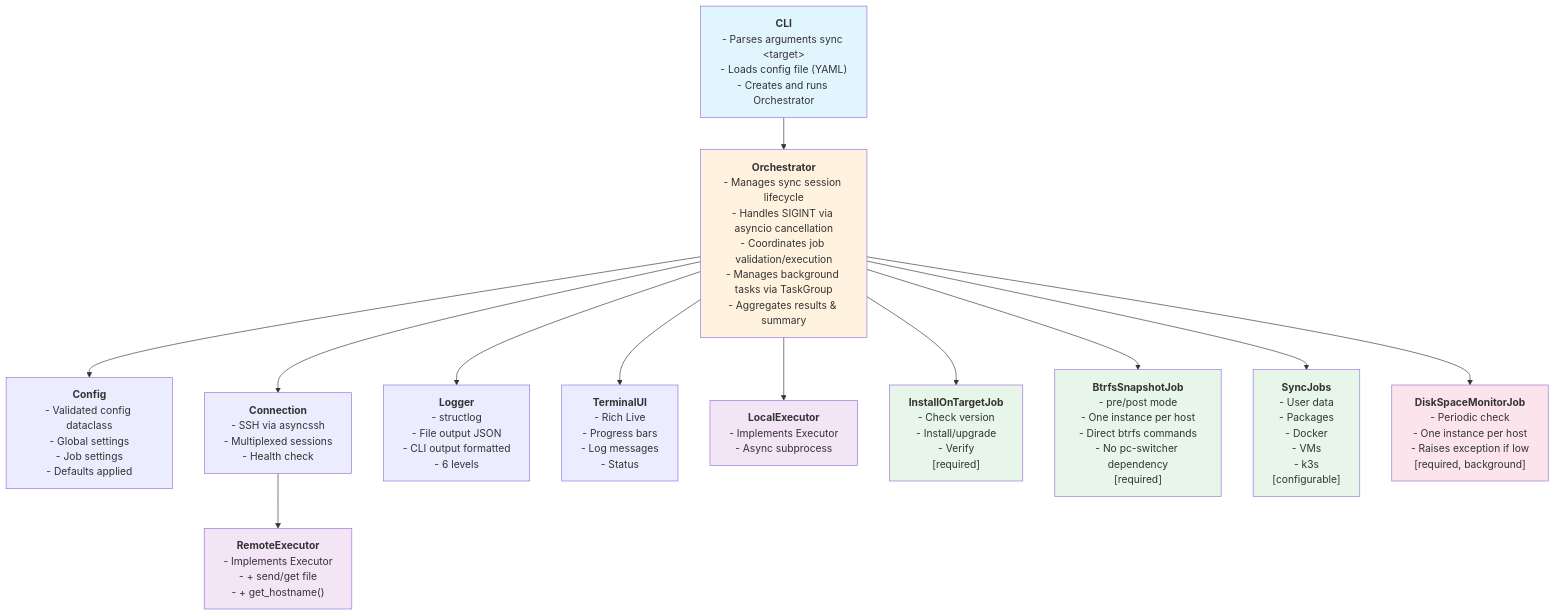
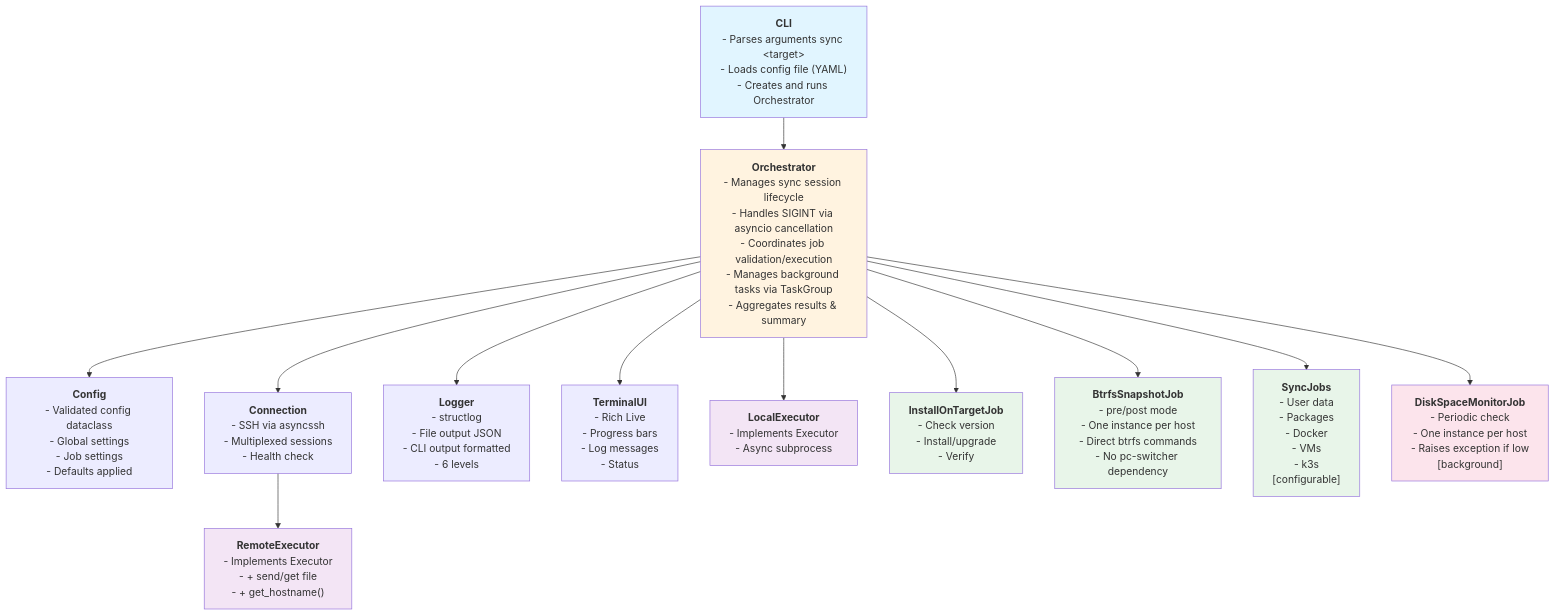
One commit to flaksit/pc-switcher changed the first of 21 diagrams in specs/001-foundation/architecture.md. Above: the diagram before and after it, drawn with Mermaid. The commit also changed other lines of this file and 10 other files, not shown here.

````diff
--- a/specs/001-foundation/architecture.md
+++ b/specs/001-foundation/architecture.md
@@ -36,47 +36,47 @@
 ```mermaid
 graph TD
     CLI["<b>CLI</b><br/>- Parses arguments sync &lt;target&gt;<br/>- Loads config file (YAML)<br/>- Creates and runs Orchestrator"]
 
     Orchestrator["<b>Orchestrator</b><br/>- Manages sync session lifecycle<br/>- Handles SIGINT via asyncio cancellation<br/>- Coordinates job validation/execution<br/>- Manages background tasks via TaskGroup<br/>- Aggregates results & summary"]
 
     Config["<b>Config</b><br/>- Validated config dataclass<br/>- Global settings<br/>- Job settings<br/>- Defaults applied"]
 
     Connection["<b>Connection</b><br/>- SSH via asyncssh<br/>- Multiplexed sessions<br/>- Health check"]
 
     Logger["<b>Logger</b><br/>- structlog<br/>- File output JSON<br/>- CLI output formatted<br/>- 6 levels"]
 
     TerminalUI["<b>TerminalUI</b><br/>- Rich Live<br/>- Progress bars<br/>- Log messages<br/>- Status"]
 
     LocalExecutor["<b>LocalExecutor</b><br/>- Implements Executor<br/>- Async subprocess"]
 
     RemoteExecutor["<b>RemoteExecutor</b><br/>- Implements Executor<br/>- + send/get file<br/>- + get_hostname()"]
 
-    InstallOnTargetJob["<b>InstallOnTargetJob</b><br/>- Check version<br/>- Install/upgrade<br/>- Verify<br/>[required]"]
+    InstallOnTargetJob["<b>InstallOnTargetJob</b><br/>- Check version<br/>- Install/upgrade<br/>- Verify"]
 
-    BtrfsSnapshotJob["<b>BtrfsSnapshotJob</b><br/>- pre/post mode<br/>- One instance per host<br/>- Direct btrfs commands<br/>- No pc-switcher dependency<br/>[required]"]
+    BtrfsSnapshotJob["<b>BtrfsSnapshotJob</b><br/>- pre/post mode<br/>- One instance per host<br/>- Direct btrfs commands<br/>- No pc-switcher dependency"]
 
     SyncJobs["<b>SyncJobs</b><br/>- User data<br/>- Packages<br/>- Docker<br/>- VMs<br/>- k3s<br/>[configurable]"]
 
-    DiskSpaceMonitorJob["<b>DiskSpaceMonitorJob</b><br/>- Periodic check<br/>- One instance per host<br/>- Raises exception if low<br/>[required, background]"]
+    DiskSpaceMonitorJob["<b>DiskSpaceMonitorJob</b><br/>- Periodic check<br/>- One instance per host<br/>- Raises exception if low<br/>[background]"]
 
     CLI --> Orchestrator
     Orchestrator --> Config
     Orchestrator --> Connection
     Orchestrator --> Logger
     Orchestrator --> TerminalUI
     Orchestrator --> LocalExecutor
     Connection --> RemoteExecutor
     Orchestrator --> InstallOnTargetJob
     Orchestrator --> BtrfsSnapshotJob
     Orchestrator --> SyncJobs
     Orchestrator --> DiskSpaceMonitorJob
 
     style CLI fill:#e1f5ff
     style Orchestrator fill:#fff3e0
     style LocalExecutor fill:#f3e5f5
     style RemoteExecutor fill:#f3e5f5
     style InstallOnTargetJob fill:#e8f5e9
     style BtrfsSnapshotJob fill:#e8f5e9
     style SyncJobs fill:#e8f5e9
     style DiskSpaceMonitorJob fill:#fce4ec
 ```
````
